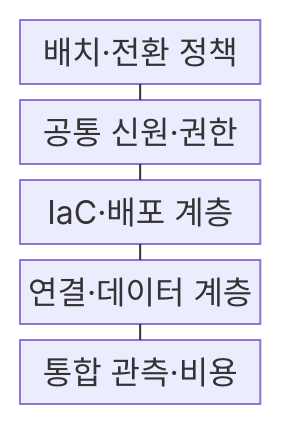
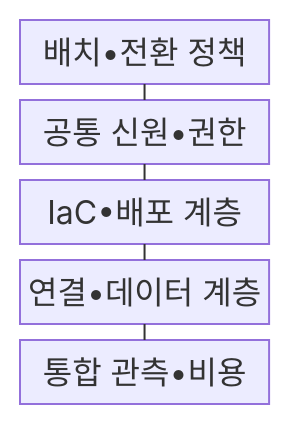
One commit to agnusdei1207/knowledge-base changed the first of 2 diagrams in src/content/docs/notes/03-software/143_multi_cloud_strategy.md. Above: the diagram before and after it, drawn with Mermaid. The commit also changed other lines of this file and 953 other files, not shown here.

````diff
--- a/src/content/docs/notes/03-software/143_multi_cloud_strategy.md
+++ b/src/content/docs/notes/03-software/143_multi_cloud_strategy.md
@@ -68,13 +68,13 @@
 ```mermaid
 block
     columns 1
-    A["배치·전환 정책"]
-    B["공통 신원·권한"]
-    C["IaC·배포 계층"]
-    D["연결·데이터 계층"]
-    E["통합 관측·비용"]
+    A["배치•전환 정책"]
+    B["공통 신원•권한"]
+    C["IaC•배포 계층"]
+    D["연결•데이터 계층"]
+    E["통합 관측•비용"]
     A --- B
     B --- C
     C --- D
     D --- E
 ```
````
